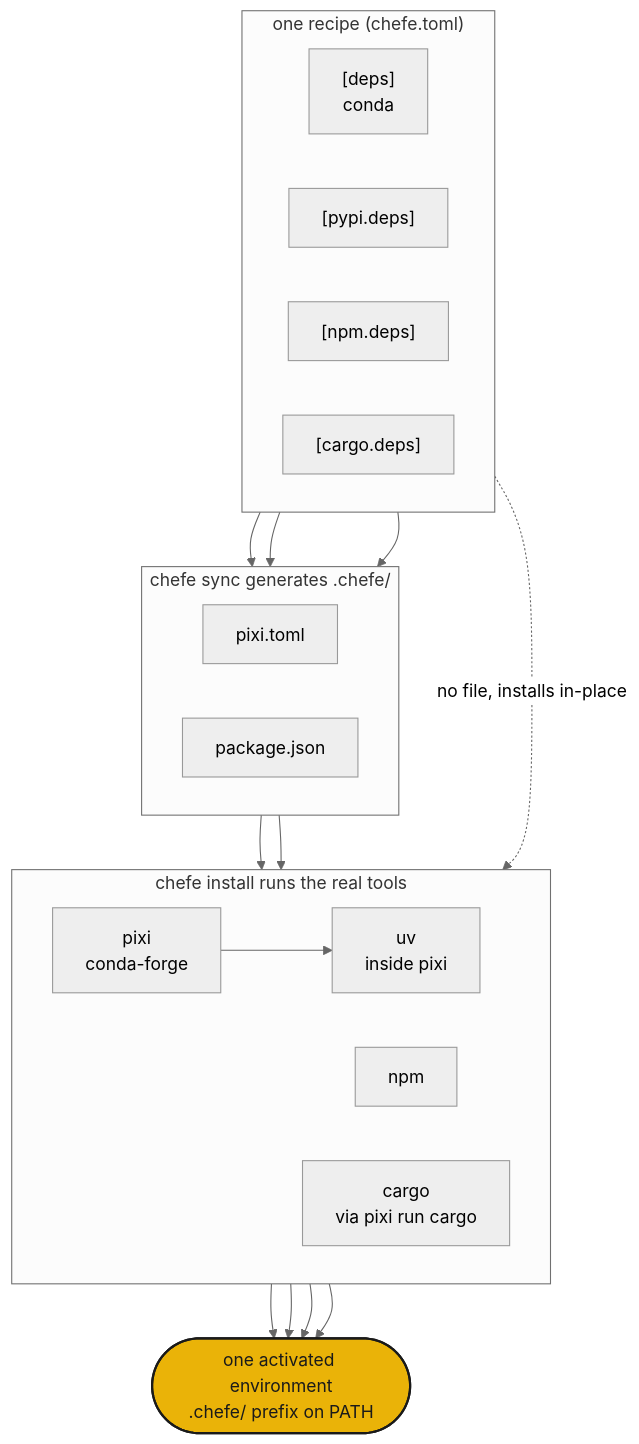
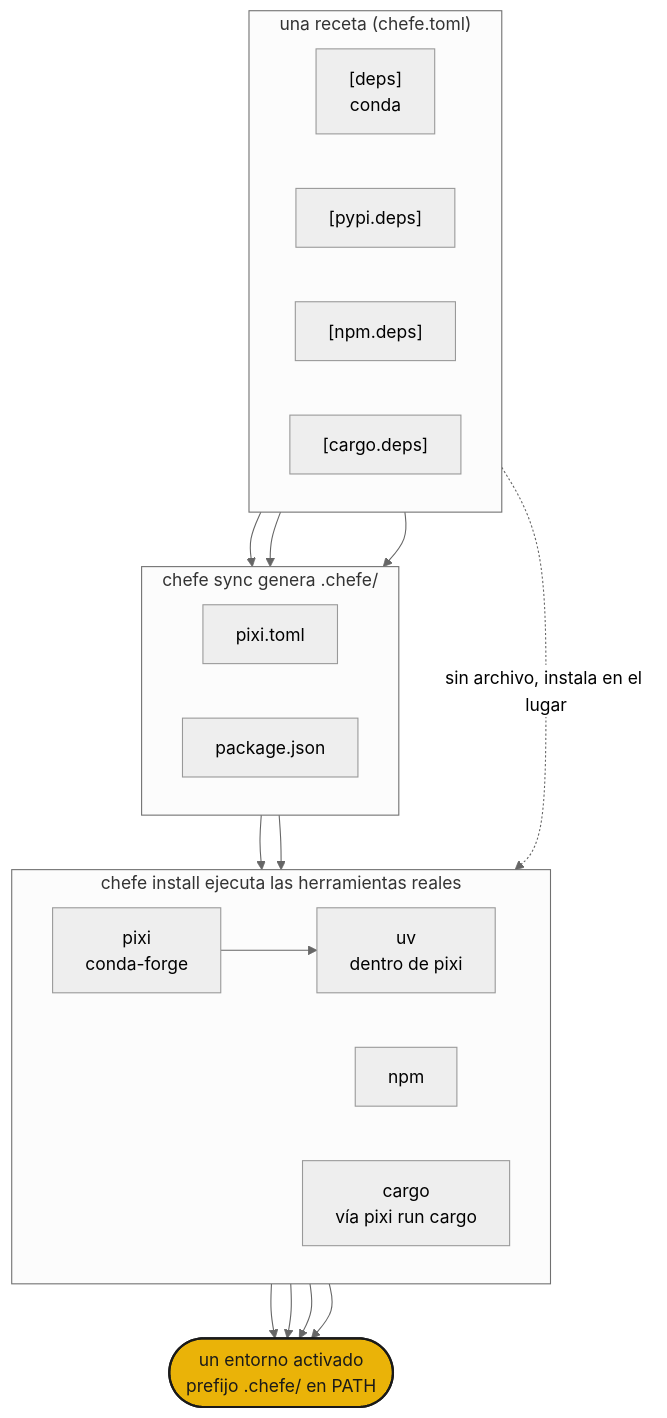
One commit to phvv-me/chefe changed the diagram in docs/index.es.md. Above: the diagram before and after it, drawn with Mermaid (neutral theme). The commit also changed 3 other files, not shown here.

First line of the commit message:
Translate the architecture diagram labels in each locale

````diff
--- a/docs/index.es.md
+++ b/docs/index.es.md
@@ -51,42 +51,42 @@
 ```mermaid
 flowchart TB
-    subgraph recipe["one recipe (chefe.toml)"]
+    subgraph recipe["una receta (chefe.toml)"]
         direction LR
         D["[deps]<br/>conda"]
         PY["[pypi.deps]"]
         NP["[npm.deps]"]
         CG["[cargo.deps]"]
     end
 
-    subgraph compiled["chefe sync generates .chefe/"]
+    subgraph compiled["chefe sync genera .chefe/"]
         direction LR
         PT["pixi.toml"]
         PJ["package.json"]
     end
 
-    subgraph solve["chefe install runs the real tools"]
+    subgraph solve["chefe install ejecuta las herramientas reales"]
         direction LR
         PIXI["pixi<br/>conda-forge"]
-        UV["uv<br/>inside pixi"]
+        UV["uv<br/>dentro de pixi"]
         NPM["npm"]
-        CARGO["cargo<br/>via pixi run cargo"]
+        CARGO["cargo<br/>vía pixi run cargo"]
     end
 
-    ENV(["one activated environment<br/>.chefe/ prefix on PATH"]):::brand
+    ENV(["un entorno activado<br/>prefijo .chefe/ en PATH"]):::brand
 
     D --> PT
     PY --> PT
     NP --> PJ
-    CG -. no file, installs in-place .-> CARGO
+    CG -. sin archivo, instala en el lugar .-> CARGO
 
     PT --> PIXI
     PIXI --> UV
     PJ --> NPM
 
     PIXI --> ENV
     UV --> ENV
     NPM --> ENV
     CARGO --> ENV
 
     classDef brand fill:#eab308,stroke:#1a1a1a,stroke-width:2px,color:#1a1a1a;
 ```
````
